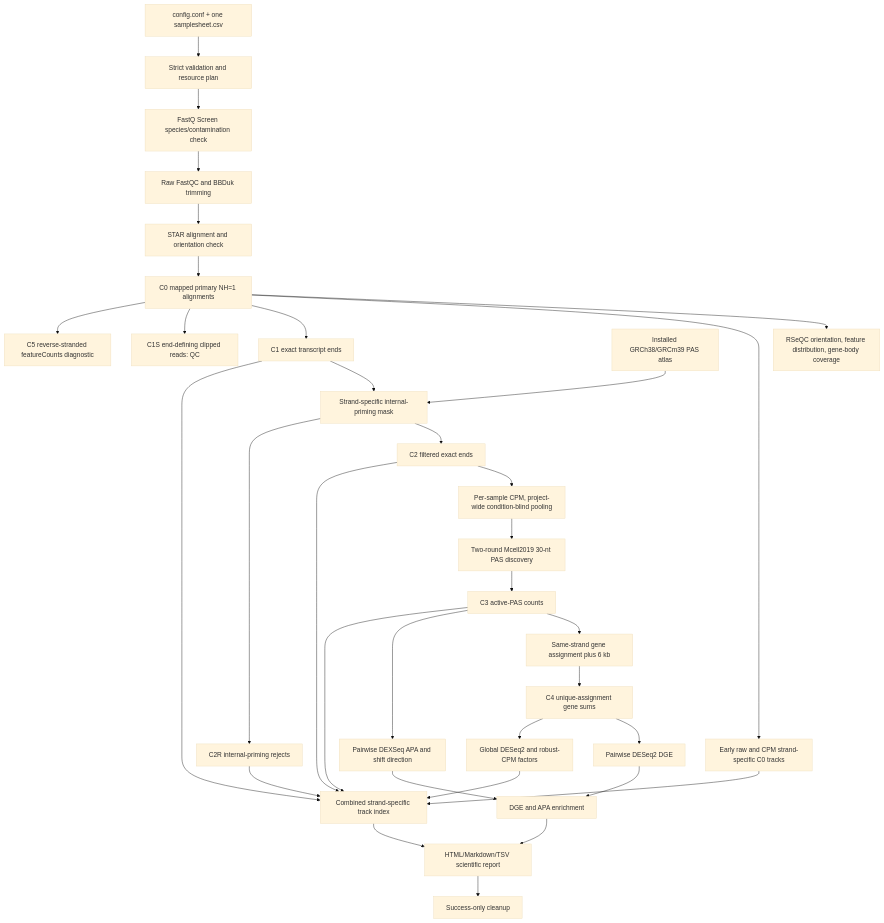
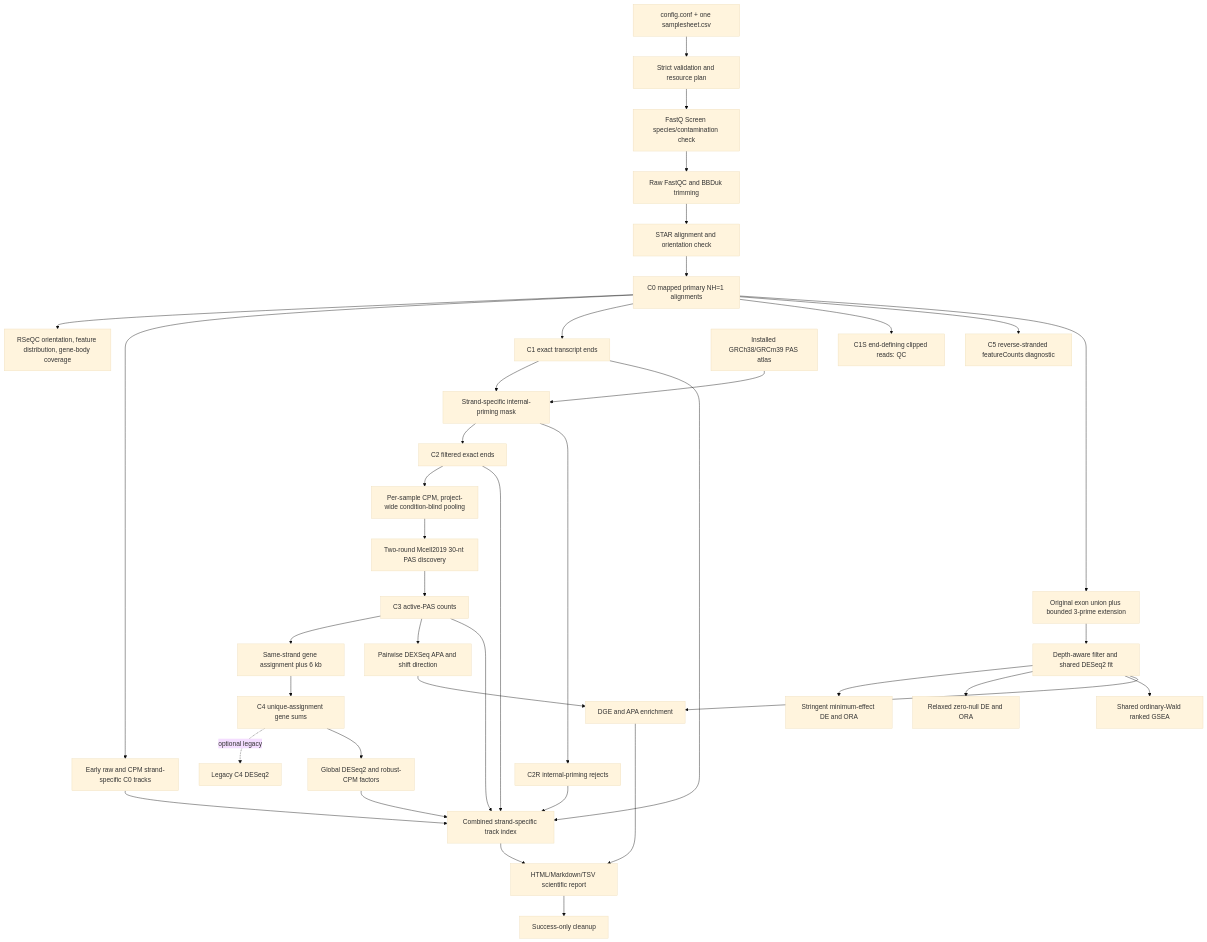
The diagram in README.md (MichalGd/rna_ends2tracks), drawn with Mermaid (base theme) before and after one commit. The commit also changed other lines of this file and 45 other files, not shown here.

````diff
--- a/README.md
+++ b/README.md
@@ -25,36 +27,41 @@
 ```mermaid
 flowchart TD
     SS[config.conf + one samplesheet.csv] --> V[Strict validation and resource plan]
     V --> FQS[FastQ Screen species/contamination check]
     FQS --> QT[Raw FastQC and BBDuk trimming]
     QT --> STAR[STAR alignment and orientation check]
     STAR --> C0[C0 mapped primary NH=1 alignments]
     C0 --> RSEQC[RSeQC orientation, feature distribution, gene-body coverage]
     C0 --> C0TRACKS[Early raw and CPM strand-specific C0 tracks]
     C0 --> C1[C1 exact transcript ends]
     C0 --> C1S[C1S end-defining clipped reads: QC]
     C1 --> MASK[Strand-specific internal-priming mask]
     ATLAS[Installed GRCh38/GRCm39 PAS atlas] --> MASK
     MASK --> C2[C2 filtered exact ends]
     MASK --> C2R[C2R internal-priming rejects]
     C2 --> POOL[Per-sample CPM, project-wide condition-blind pooling]
     POOL --> PAS[Two-round Mcell2019 30-nt PAS discovery]
     PAS --> C3[C3 active-PAS counts]
     C3 --> ASSIGN[Same-strand gene assignment plus 6 kb]
     ASSIGN --> C4[C4 unique-assignment gene sums]
     C0 --> C5[C5 reverse-stranded featureCounts diagnostic]
-    C4 --> DGE[Pairwise DESeq2 DGE]
+    C4 -. optional legacy .-> LEGACY[Legacy C4 DESeq2]
+    C0 --> GEX[Original exon union plus bounded 3-prime extension]
+    GEX --> DGE[Depth-aware filter and shared DESeq2 fit]
+    DGE --> STRICT[Stringent minimum-effect DE and ORA]
+    DGE --> RELAXED[Relaxed zero-null DE and ORA]
+    DGE --> GSEA[Shared ordinary-Wald ranked GSEA]
     C3 --> APA[Pairwise DEXSeq APA and shift direction]
     C4 --> SF[Global DESeq2 and robust-CPM factors]
     C0TRACKS --> TRACKS[Combined strand-specific track index]
     C1 --> TRACKS
     C2 --> TRACKS
     C2R --> TRACKS
     C3 --> TRACKS
     SF --> TRACKS
     DGE --> ENRICH[DGE and APA enrichment]
     APA --> ENRICH
     ENRICH --> REPORT[HTML/Markdown/TSV scientific report]
     TRACKS --> REPORT
     REPORT --> CLEAN[Success-only cleanup]
 ```
````
